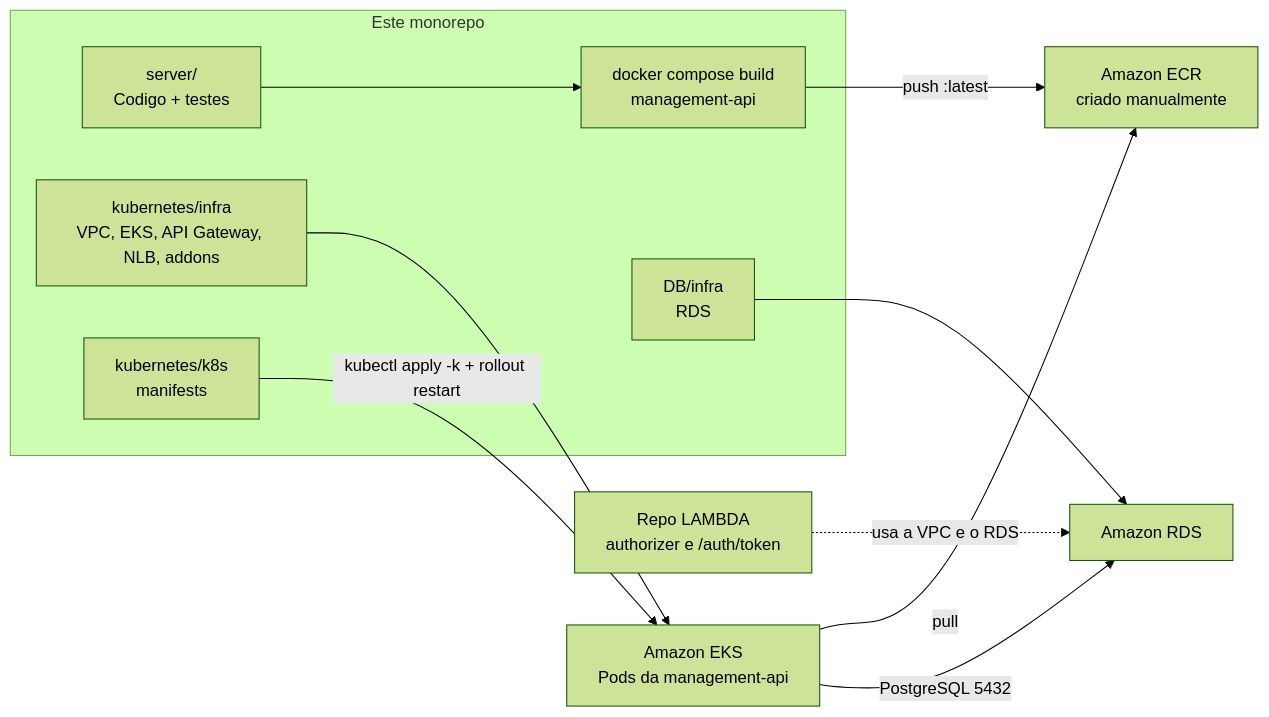
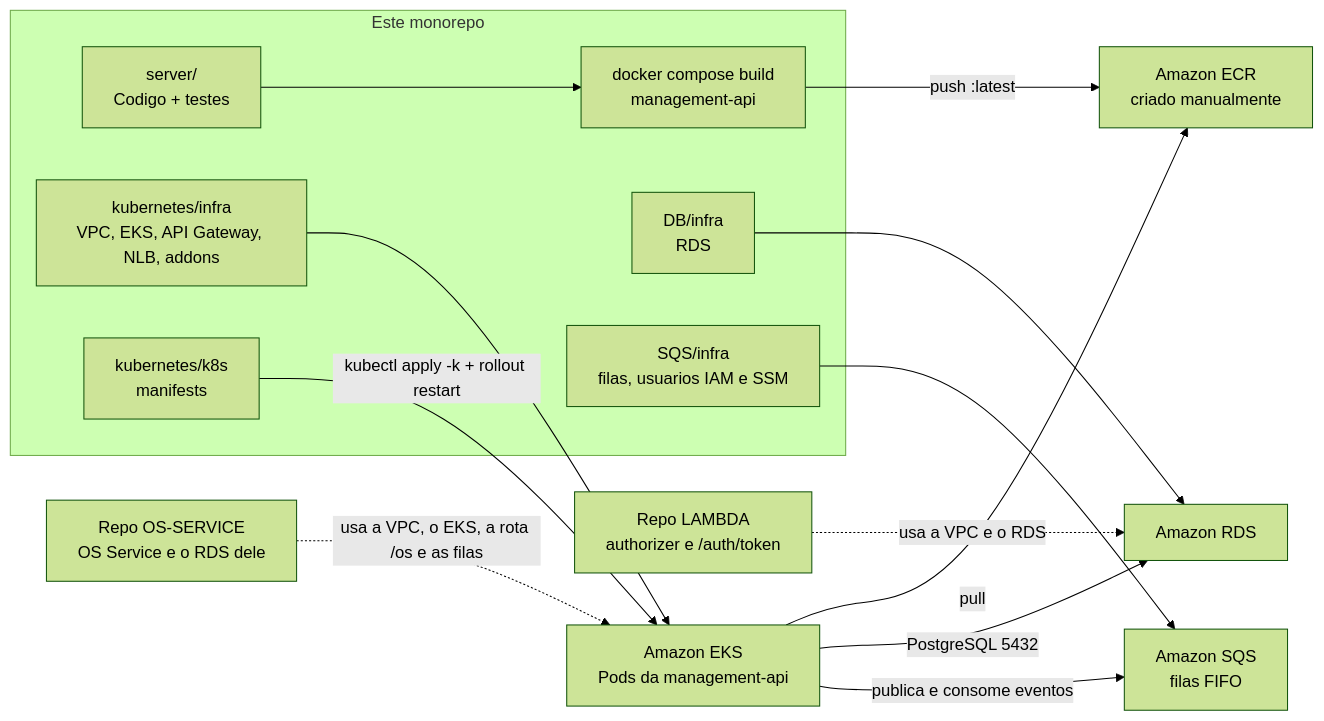
One commit to GuiToniello/tech-challenge-fase-4-MANAGEMENT-soat16-rm374658 changed the second of 3 diagrams in README.md. Above: the diagram before and after it, drawn with Mermaid (forest theme). The commit also changed other lines of this file and 208 other files, not shown here.

````diff
--- a/README.md
+++ b/README.md
@@ -365,17 +417,21 @@
 ```mermaid
 flowchart LR
   subgraph Mono[Este monorepo]
     Code[server/\nCodigo + testes] --> Image[docker compose build\nmanagement-api]
     Infra[kubernetes/infra\nVPC, EKS, API Gateway, NLB, addons]
     DBTF[DB/infra\nRDS]
+    SQSTF[SQS/infra\nfilas, usuarios IAM e SSM]
     Manifests[kubernetes/k8s\nmanifests]
   end
 
   Image -->|push :latest| ECR[Amazon ECR\ncriado manualmente]
   Infra --> EKS[Amazon EKS\nPods da management-api]
   Manifests -->|kubectl apply -k + rollout restart| EKS
   EKS -->|pull| ECR
   EKS -->|PostgreSQL 5432| RDS[Amazon RDS]
   DBTF --> RDS
+  SQSTF --> SQS[Amazon SQS\nfilas FIFO]
+  EKS -->|publica e consome eventos| SQS
   LAMBDA[Repo LAMBDA\nauthorizer e /auth/token] -.->|usa a VPC e o RDS| RDS
+  OSREPO[Repo OS-SERVICE\nOS Service e o RDS dele] -.->|usa a VPC, o EKS, a rota /os e as filas| EKS
 ```
````
